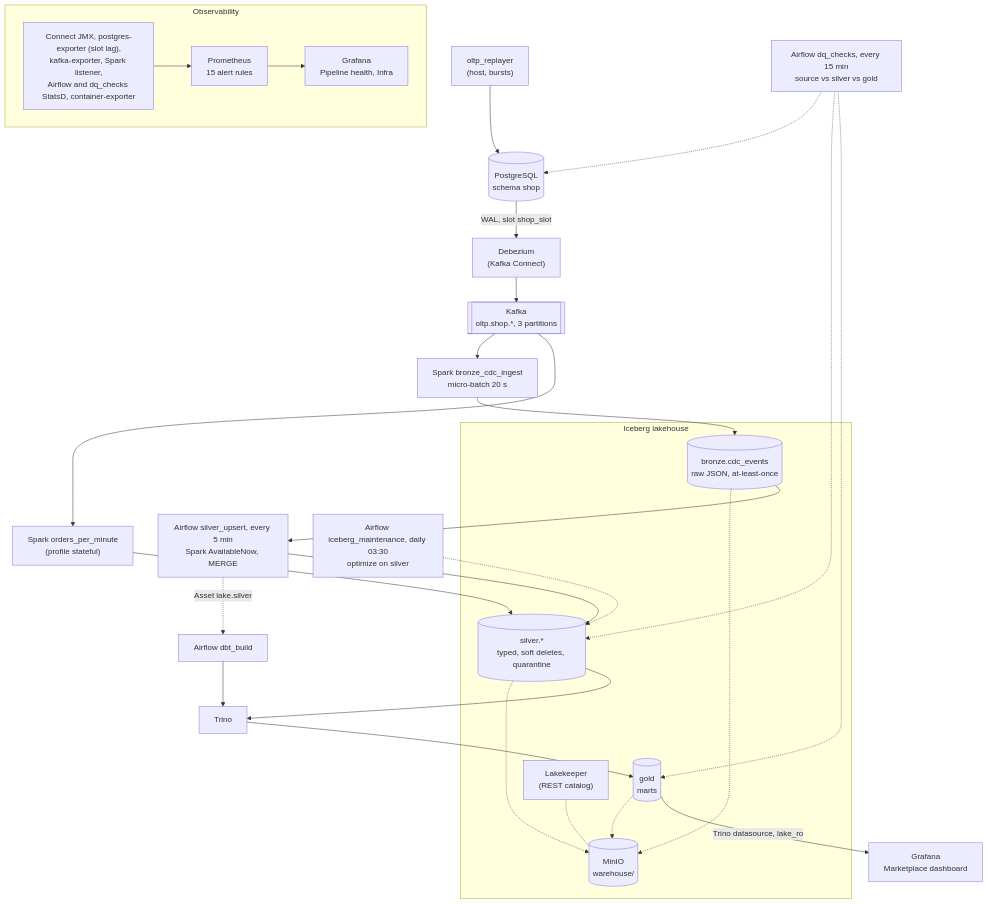
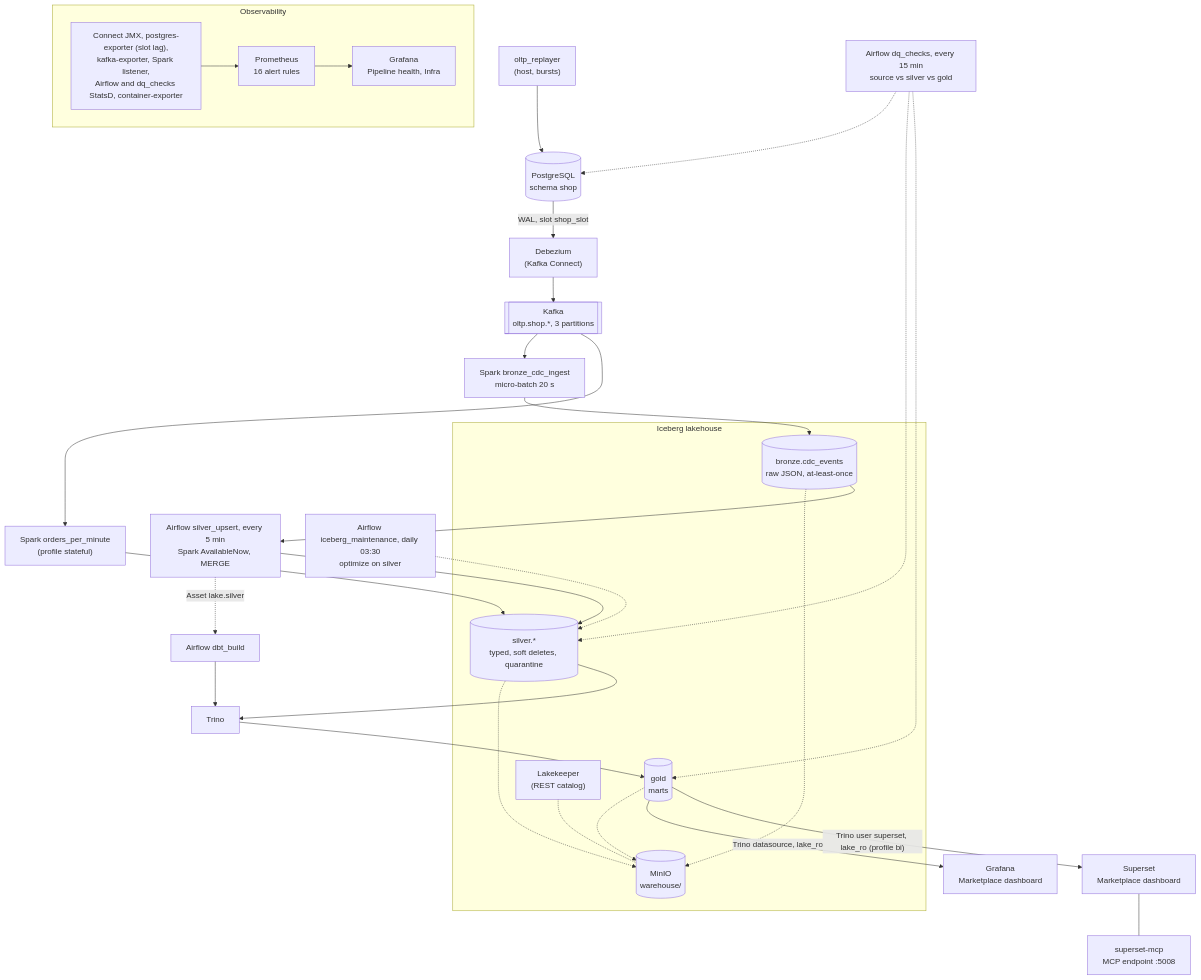
One commit to nikolayGU/marketplace-lakehouse changed the diagram in ARCHITECTURE.md. Above: the diagram before and after it, drawn with Mermaid. The commit also changed other lines of this file and 7 other files, not shown here.

````diff
--- a/ARCHITECTURE.md
+++ b/ARCHITECTURE.md
@@ -16,36 +16,38 @@
 ```mermaid
 flowchart TB
   RP["oltp_replayer<br/>(host, bursts)"] --> PG[("PostgreSQL<br/>schema shop")]
   PG -- "WAL, slot shop_slot" --> DBZ["Debezium<br/>(Kafka Connect)"]
   DBZ --> K[["Kafka<br/>oltp.shop.*, 3 partitions"]]
   K --> SB["Spark bronze_cdc_ingest<br/>micro-batch 20 s"]
 
   subgraph LAKE["Iceberg lakehouse"]
     B[("bronze.cdc_events<br/>raw JSON, at-least-once")]
     S[("silver.*<br/>typed, soft deletes, quarantine")]
     G[("gold<br/>marts")]
     LK["Lakekeeper<br/>(REST catalog)"]
     MO[("MinIO<br/>warehouse/")]
   end
   B & S & G -.-> MO
   LK -.- MO
   SB --> B
   B --> SU["Airflow silver_upsert, every 5 min<br/>Spark AvailableNow, MERGE"]
   SU --> S
   SU -. "Asset lake.silver" .-> DB["Airflow dbt_build"]
   S --> TR["Trino"]
   DB --> TR
   TR --> G
   G -- "Trino datasource, lake_ro" --> GF["Grafana<br/>Marketplace dashboard"]
+  G -- "Trino user superset, lake_ro (profile bi)" --> SS["Superset<br/>Marketplace dashboard"]
+  SS --- MCP["superset-mcp<br/>MCP endpoint :5008"]
   MT["Airflow iceberg_maintenance, daily 03:30<br/>optimize on silver"] -.-> S
   DQ["Airflow dq_checks, every 15 min<br/>source vs silver vs gold"] -.-> PG
   DQ -.-> S
   DQ -.-> G
   K --> OPM["Spark orders_per_minute<br/>(profile stateful)"]
   OPM --> S
 
   subgraph OBS["Observability"]
-    EX["Connect JMX, postgres-exporter (slot lag),<br/>kafka-exporter, Spark listener,<br/>Airflow and dq_checks StatsD, container-exporter"] --> PR["Prometheus<br/>15 alert rules"]
+    EX["Connect JMX, postgres-exporter (slot lag),<br/>kafka-exporter, Spark listener,<br/>Airflow and dq_checks StatsD, container-exporter"] --> PR["Prometheus<br/>16 alert rules"]
     PR --> GF2["Grafana<br/>Pipeline health, Infra"]
   end
 ```
````
